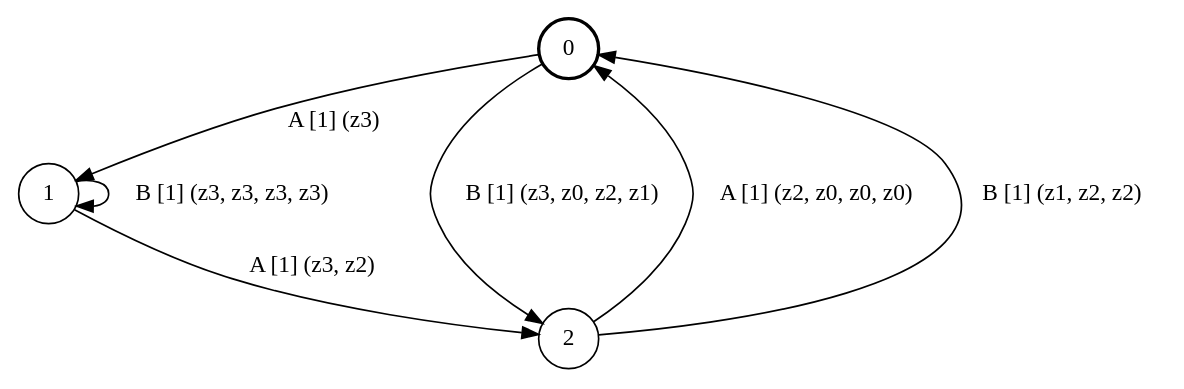
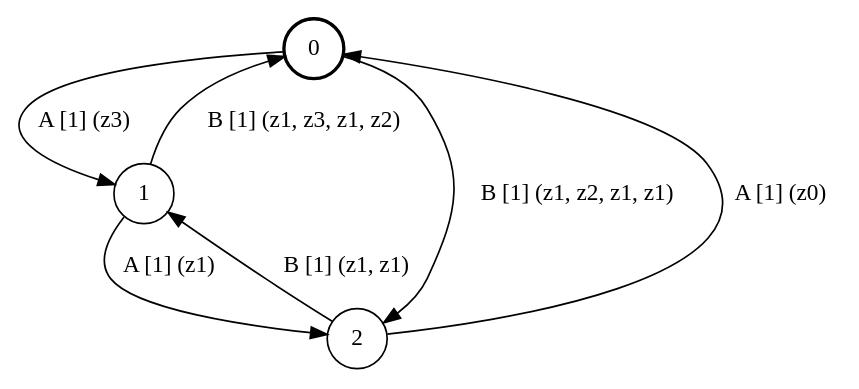
Before and after one commit to ulyantsev/EFSM-tools: the diagram in qbf/testing/fsm_3s2e4a.dot, drawn with Graphviz. The commit also changed 1162 other files, not shown here.

```diff
--- a/qbf/testing/fsm_3s2e4a.dot
+++ b/qbf/testing/fsm_3s2e4a.dot
@@ -1,12 +1,12 @@
 # generated file, don't try to modify
 # command: dot -Tpng <filename> > tree.png
 digraph Automaton {
     node [shape = circle];
     0 [style = "bold"];
     0 -> 1 [label = "A [1] (z3) "];
-    0 -> 2 [label = "B [1] (z3, z0, z2, z1) "];
-    1 -> 2 [label = "A [1] (z3, z2) "];
-    1 -> 1 [label = "B [1] (z3, z3, z3, z3) "];
-    2 -> 0 [label = "A [1] (z2, z0, z0, z0) "];
-    2 -> 0 [label = "B [1] (z1, z2, z2) "];
+    0 -> 2 [label = "B [1] (z1, z2, z1, z1) "];
+    1 -> 2 [label = "A [1] (z1) "];
+    1 -> 0 [label = "B [1] (z1, z3, z1, z2) "];
+    2 -> 0 [label = "A [1] (z0) "];
+    2 -> 1 [label = "B [1] (z1, z1) "];
 }
```
